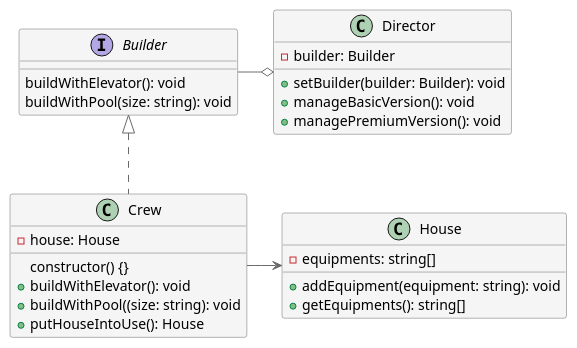
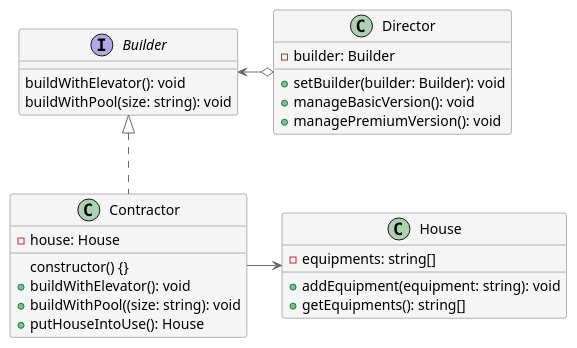
Before and after one commit to plkpiotr/design-patterns: the diagram in src/app/creational/builder/builder.puml, drawn with PlantUML. The commit also changed other lines of this file and 20 other files, not shown here.

```diff
--- a/src/app/creational/builder/builder.puml
+++ b/src/app/creational/builder/builder.puml
@@ -1,39 +1,39 @@
 @startuml
 
 skinparam class {
   backgroundColor whitesmoke
   arrowColor dimgrey
   borderColor dimgrey
 }
 
 interface Builder {
   buildWithElevator(): void
   buildWithPool(size: string): void
 }
 
 class Director {
   - builder: Builder
   + setBuilder(builder: Builder): void
   + manageBasicVersion(): void
   + managePremiumVersion(): void
 }
 
-class Crew {
+class Contractor {
   - house: House
     constructor() {}
   + buildWithElevator(): void
   + buildWithPool((size: string): void
   + putHouseIntoUse(): House
 }
 
 class House {
   - equipments: string[]
   + addEquipment(equipment: string): void
   + getEquipments(): string[]
 }
 
-Builder -o Director
-Builder <|.. Crew
-Crew -> House
+Builder <-o Director
+Builder <|.. Contractor
+Contractor -> House
 
 @enduml
```
